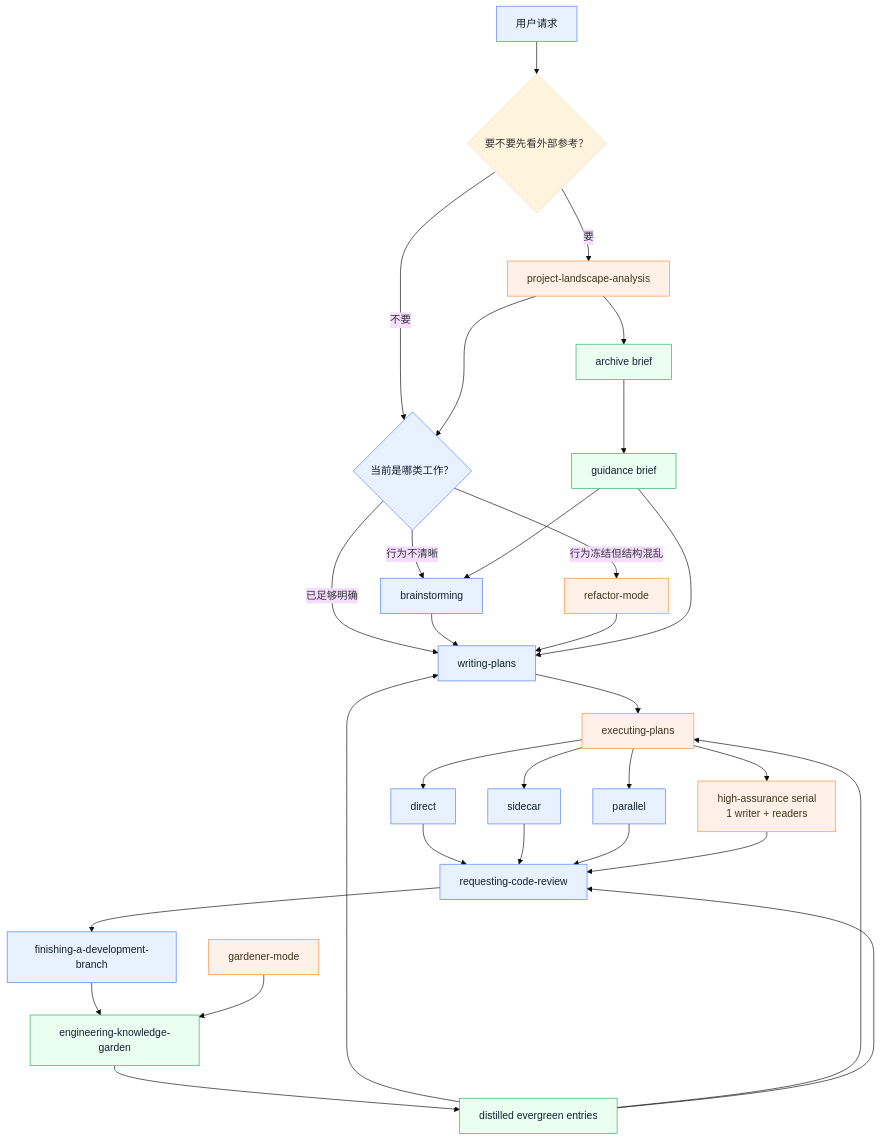
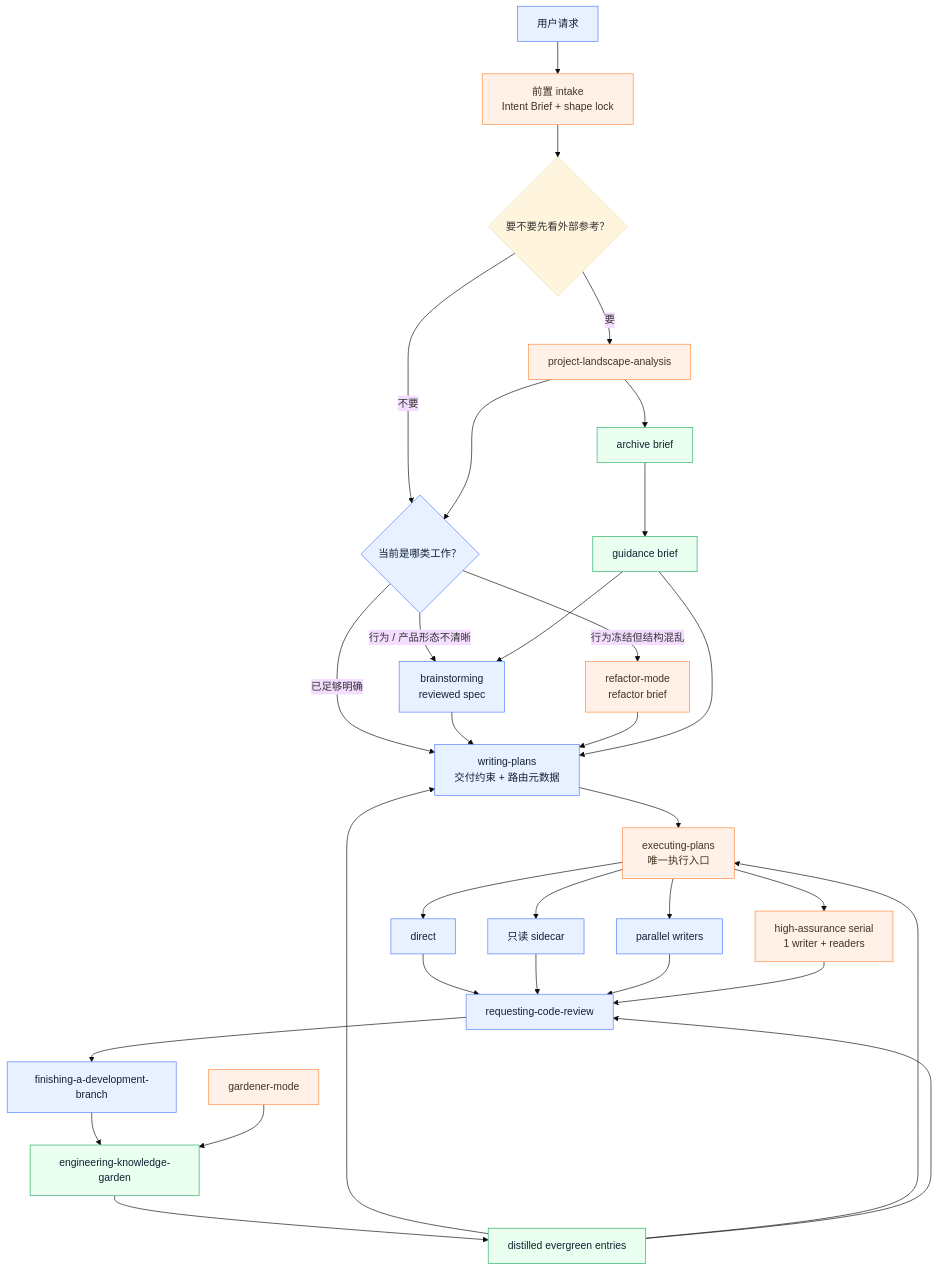
The first of 4 diagrams in README.zh-CN.md (guhaigg/better-sp), drawn with Mermaid (base theme) before and after one commit. The commit also changed other lines of this file and 3 other files, not shown here.

Commit message:
docs: refresh better-sp workflow diagrams and front-layer docs

````diff
--- a/README.zh-CN.md
+++ b/README.zh-CN.md
@@ -48,40 +50,41 @@
 ```mermaid
 flowchart TD
-    A["用户请求"] --> R{"要不要先看外部参考？"}
+    A["用户请求"] --> A1["前置 intake<br/>Intent Brief + shape lock"]
+    A1 --> R{"要不要先看外部参考？"}
     R -- "要" --> S["project-landscape-analysis"]
     R -- "不要" --> B{"当前是哪类工作？"}
     S --> B
-    B -- "行为不清晰" --> C["brainstorming"]
-    B -- "行为冻结但结构混乱" --> D["refactor-mode"]
-    B -- "已足够明确" --> E["writing-plans"]
+    B -- "行为 / 产品形态不清晰" --> C["brainstorming<br/>reviewed spec"]
+    B -- "行为冻结但结构混乱" --> D["refactor-mode<br/>refactor brief"]
+    B -- "已足够明确" --> E["writing-plans<br/>交付约束 + 路由元数据"]
     C --> E
     D --> E
-    E --> F["executing-plans"]
+    E --> F["executing-plans<br/>唯一执行入口"]
     F --> G["direct"]
-    F --> H["sidecar"]
-    F --> I["parallel"]
+    F --> H["只读 sidecar"]
+    F --> I["parallel writers"]
     F --> J["high-assurance serial<br/>1 writer + readers"]
     G --> K["requesting-code-review"]
     H --> K
     I --> K
     J --> K
     K --> L["finishing-a-development-branch"]
     L --> M["engineering-knowledge-garden"]
     S --> N["archive brief"]
     N --> O["guidance brief"]
     O --> C
     O --> E
     M --> P["distilled evergreen entries"]
     P --> E
     P --> F
     P --> K
     Q["gardener-mode"] --> M
 
     classDef upstream fill:#e8f1ff,stroke:#4f7cff,color:#123;
     classDef custom fill:#fff1e8,stroke:#ff8a3d,color:#432;
     classDef garden fill:#ebfff1,stroke:#27ae60,color:#123;
 
     class A,B,C,E,G,H,I,K,L upstream;
-    class S,D,F,J,Q custom;
+    class A1,S,D,F,J,Q custom;
     class M,N,O,P garden;
 ```
````
